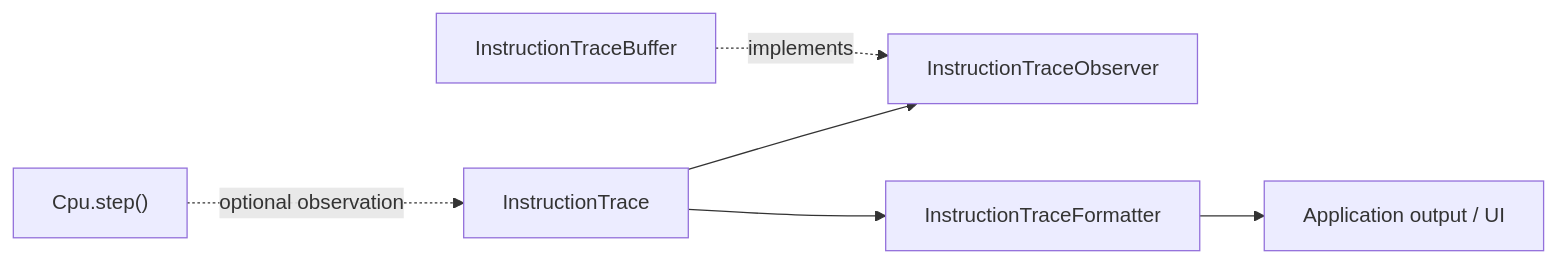
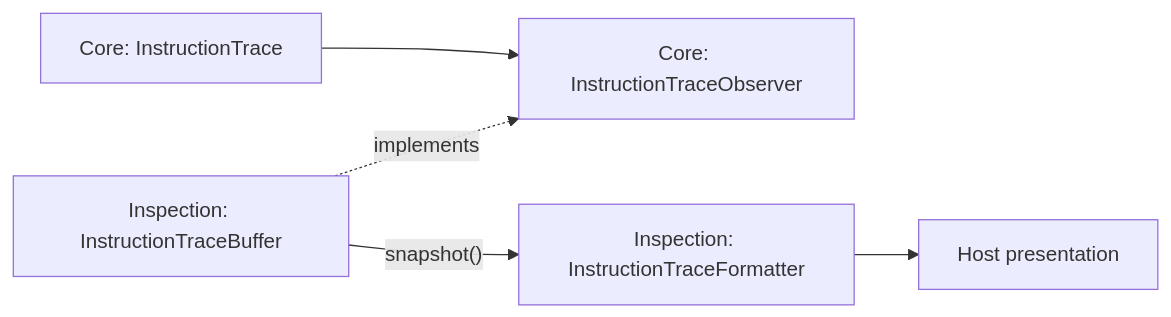
Before and after one commit to fa-ribeiro/Chip8NX: the sixth of 9 diagrams in docs/architecture/overview.md, drawn with Mermaid. The commit also changed other lines of this file and 12 other files, not shown here.

Commit message:
refactor: extract passive inspection tooling from core

````diff
--- a/docs/architecture/overview.md
+++ b/docs/architecture/overview.md
@@ -195,15 +168,13 @@
 ```mermaid
 flowchart LR
-    Cpu["Cpu.step()"]
-    Trace["InstructionTrace"]
-    Observer["InstructionTraceObserver"]
-    Formatter["InstructionTraceFormatter"]
-    History["InstructionTraceBuffer"]
-    Output["Application output / UI"]
+    Trace["Core: InstructionTrace"]
+    Observer["Core: InstructionTraceObserver"]
+    Buffer["Inspection: InstructionTraceBuffer"]
+    Formatter["Inspection: InstructionTraceFormatter"]
+    Output["Host presentation"]
 
-    Cpu -.->|"optional observation"| Trace
     Trace --> Observer
-    Trace --> Formatter
-    History -.->|"implements"| Observer
+    Buffer -.->|"implements"| Observer
+    Buffer -->|"snapshot()"| Formatter
     Formatter --> Output
 ```
````
